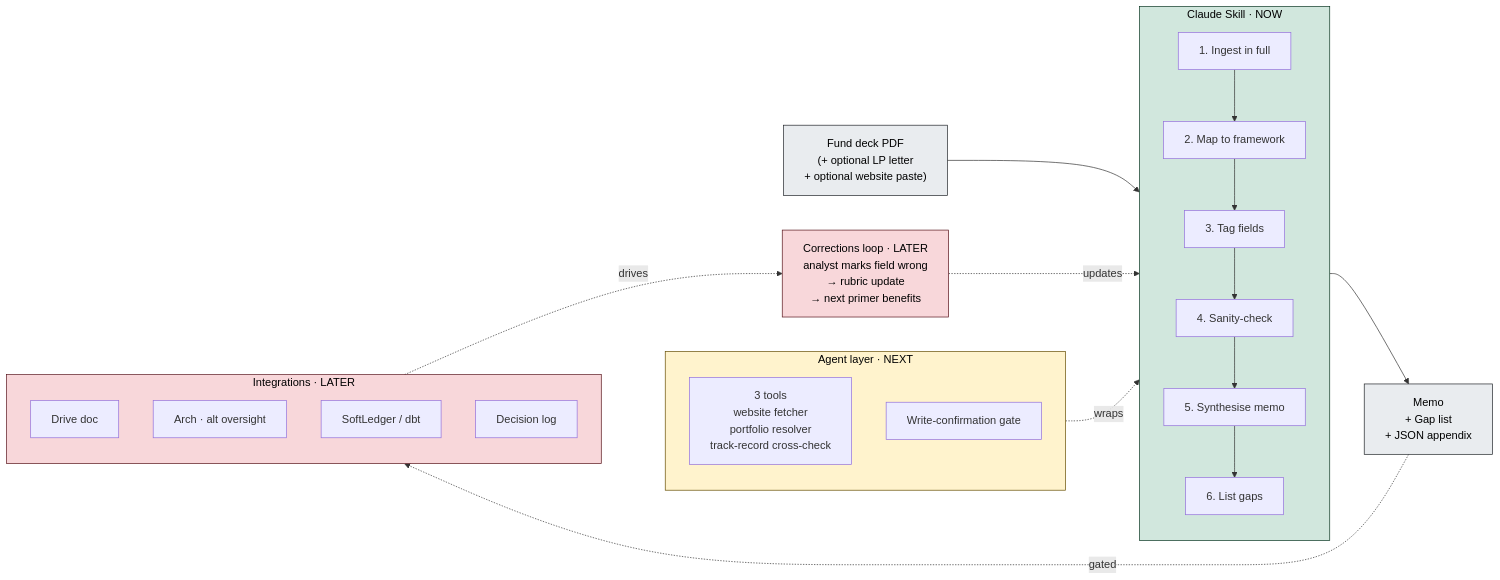
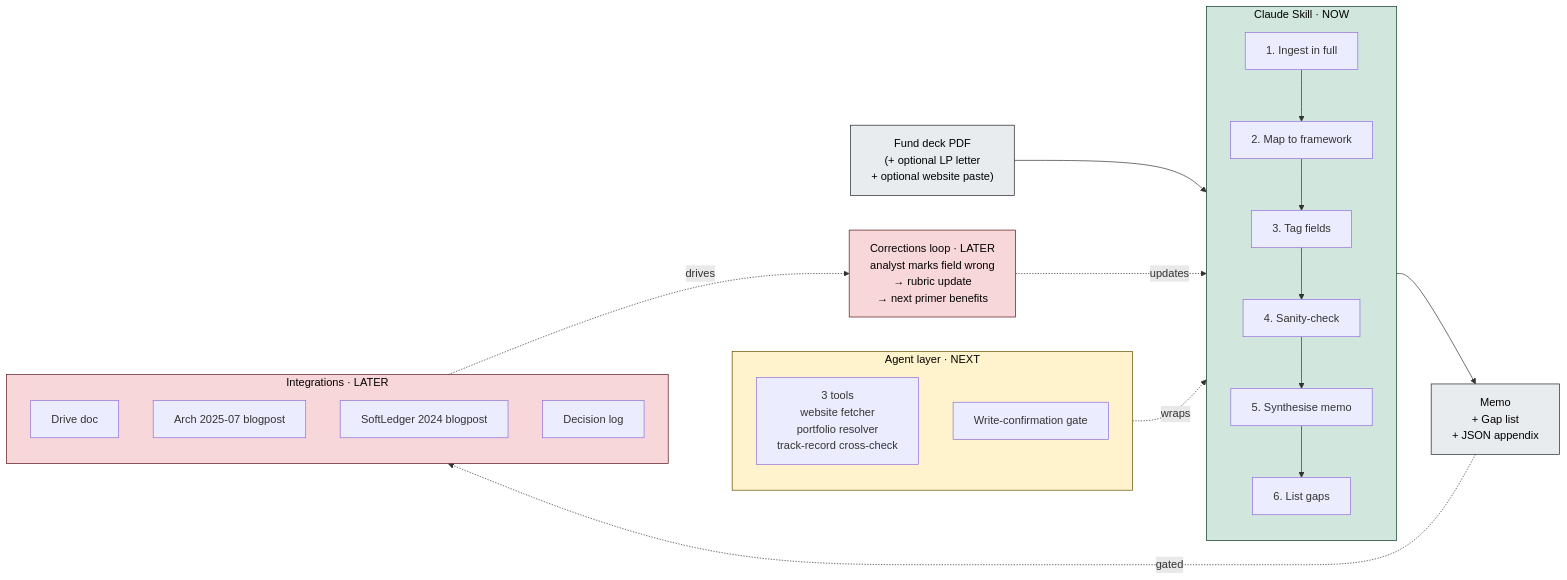
One commit to alhazjm/vc-fund-evaluation-primer changed the diagram in roadmap.md. Above: the diagram before and after it, drawn with Mermaid. The commit also changed other lines of this file and 3 other files, not shown here.

First line of the commit message:
Add Precursor Ventures III example; tighten README and roadmap

````diff
--- a/roadmap.md
+++ b/roadmap.md
@@ -7,48 +7,48 @@
 ```mermaid
 flowchart LR
     inputs["Fund deck PDF<br/>(+ optional LP letter<br/>+ optional website paste)"]
 
     subgraph SKILL ["Claude Skill · NOW"]
         direction TB
         s1[1. Ingest in full] --> s2[2. Map to framework]
         s2 --> s3[3. Tag fields]
         s3 --> s4[4. Sanity-check]
         s4 --> s5[5. Synthesise memo]
         s5 --> s6[6. List gaps]
     end
 
     outputs["Memo<br/>+ Gap list<br/>+ JSON appendix"]
 
     subgraph AGENT ["Agent layer · NEXT"]
         direction TB
         tools["3 tools<br/>website fetcher<br/>portfolio resolver<br/>track-record cross-check"]
         gate["Write-confirmation gate"]
     end
 
     subgraph SINKS ["Integrations · LATER"]
         direction TB
         drive["Drive doc"]
-        arch["Arch · alt oversight"]
-        ledger["SoftLedger / dbt"]
+        arch["Arch 2025-07 blogpost"]
+        ledger["SoftLedger 2024 blogpost"]
         log["Decision log"]
     end
 
     correction["Corrections loop · LATER<br/>analyst marks field wrong<br/>→ rubric update<br/>→ next primer benefits"]
 
     inputs --> s1
     s6 --> outputs
     tools -. wraps .-> SKILL
     outputs -. gated .-> SINKS
     SINKS -. drives .-> correction
     correction -. updates .-> s2
 
     classDef now fill:#d1e7dd,stroke:#0a3622,color:#000
     classDef next fill:#fff3cd,stroke:#664d03,color:#000
     classDef later fill:#f8d7da,stroke:#58151c,color:#000
     classDef io fill:#e9ecef,stroke:#212529,color:#000
 
     class SKILL now
     class AGENT next
     class SINKS,correction later
     class inputs,outputs io
 ```
````
